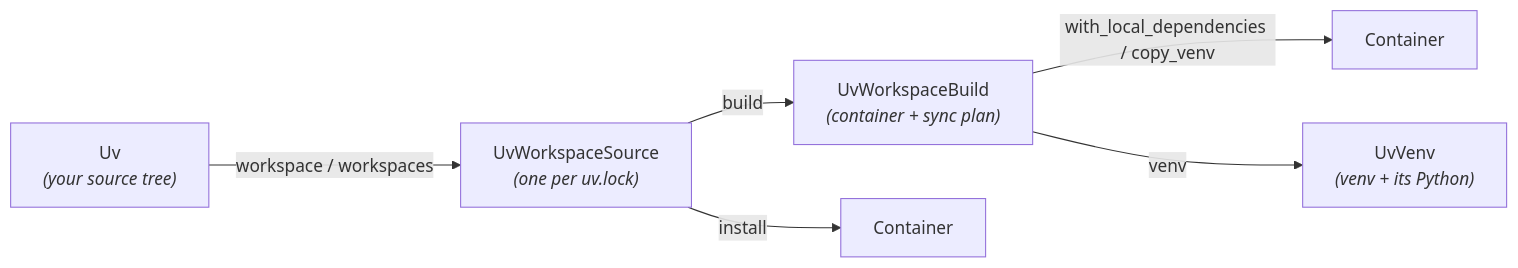
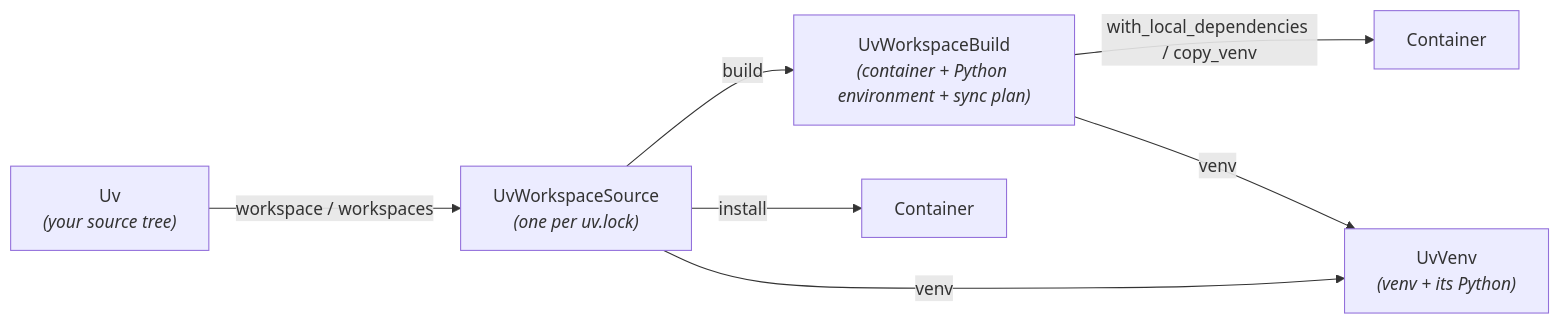
Before and after one commit to typesafe-ai/daggerverse: the diagram in uv/docs/building.md, drawn with Mermaid. The commit also changed other lines of this file and 15 other files, not shown here.

````diff
--- a/uv/docs/building.md
+++ b/uv/docs/building.md
@@ -22,8 +22,9 @@
     ```mermaid
     graph LR
       Uv["Uv<br/><i>(your source tree)</i>"] -->|workspace / workspaces| WS["UvWorkspaceSource<br/><i>(one per uv.lock)</i>"]
-      WS -->|build| B["UvWorkspaceBuild<br/><i>(container + sync plan)</i>"]
+      WS -->|build| B["UvWorkspaceBuild<br/><i>(container + Python environment + sync plan)</i>"]
       WS -->|install| C1["Container"]
+      WS -->|venv| V["UvVenv<br/><i>(venv + its Python)</i>"]
       B -->|with_local_dependencies / copy_venv| C2["Container"]
-      B -->|venv| V["UvVenv<br/><i>(venv + its Python)</i>"]
+      B -->|venv| V
     ```
````
